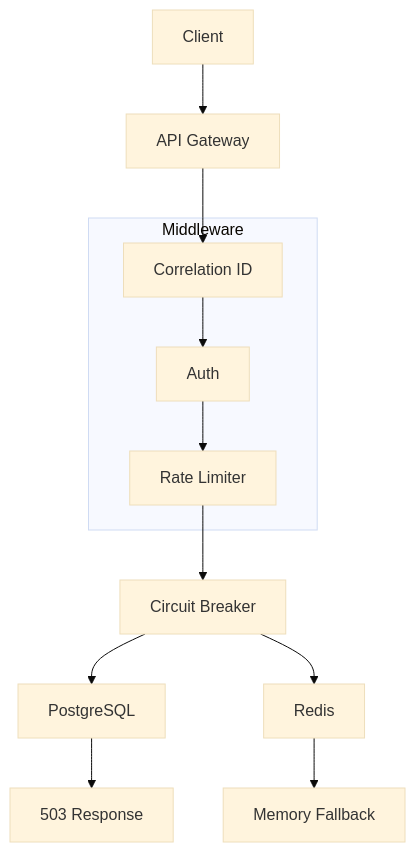
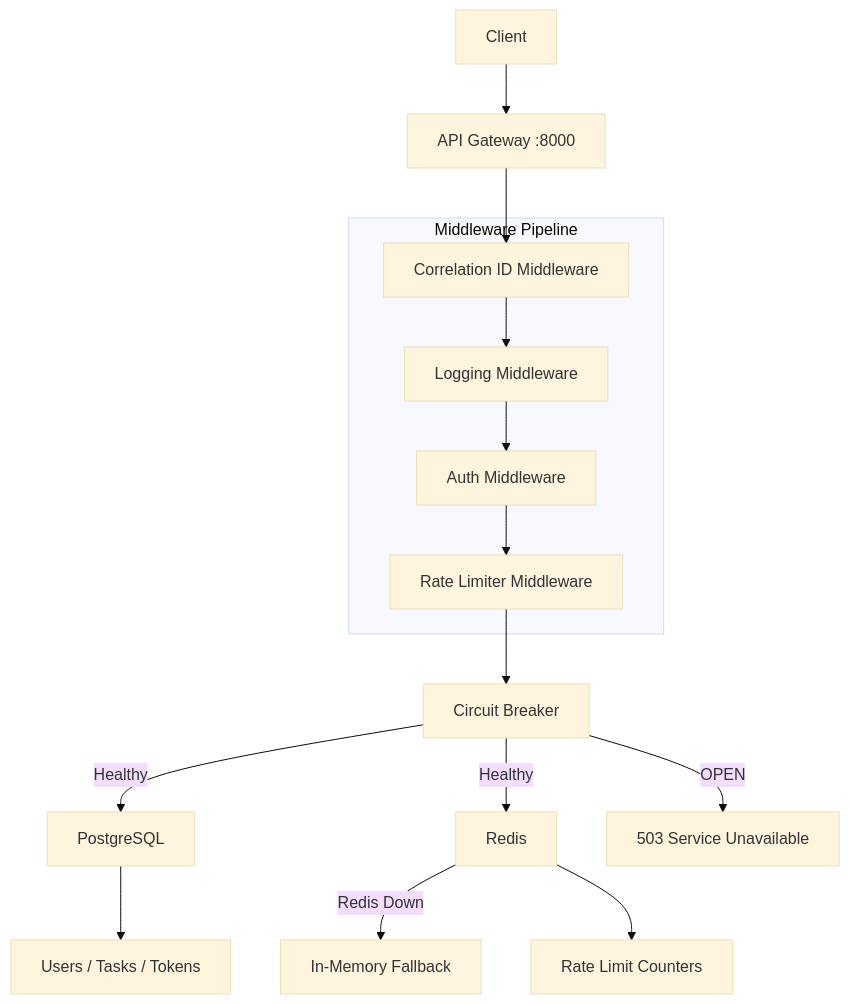
The diagram in README.md (devenmundada/GatewayGuard), drawn with Mermaid (base theme) before and after one commit. The commit also changed other lines of this file, not shown here.

Commit message:
docs: upgrade README with full documentation links, improved architecture diagram, and complete tables

````diff
--- a/README.md
+++ b/README.md
@@ -45,22 +69,24 @@
 ```mermaid
 flowchart TD
-    A[Client] --> B[API Gateway]
+    A[Client] --> B[API Gateway :8000]
 
-    subgraph Middleware
-        C[Correlation ID]
-        D[Auth]
-        E[Rate Limiter]
+    subgraph Middleware Pipeline
+        C[Correlation ID Middleware]
+        D[Logging Middleware]
+        E[Auth Middleware]
+        F[Rate Limiter Middleware]
     end
 
-    B --> C
-    C --> D
-    D --> E
+    B --> C --> D --> E --> F
 
-    E --> F[Circuit Breaker]
+    F --> G[Circuit Breaker]
 
-    F --> G[PostgreSQL]
-    F --> H[Redis]
+    G -->|Healthy| H[PostgreSQL]
+    G -->|Healthy| I[Redis]
+    G -->|OPEN| J[503 Service Unavailable]
 
-    H --> I[Memory Fallback]
-    G --> J[503 Response]
+    I -->|Redis Down| K[In-Memory Fallback]
+
+    H --> L[Users / Tasks / Tokens]
+    I --> M[Rate Limit Counters]
 ```
````
